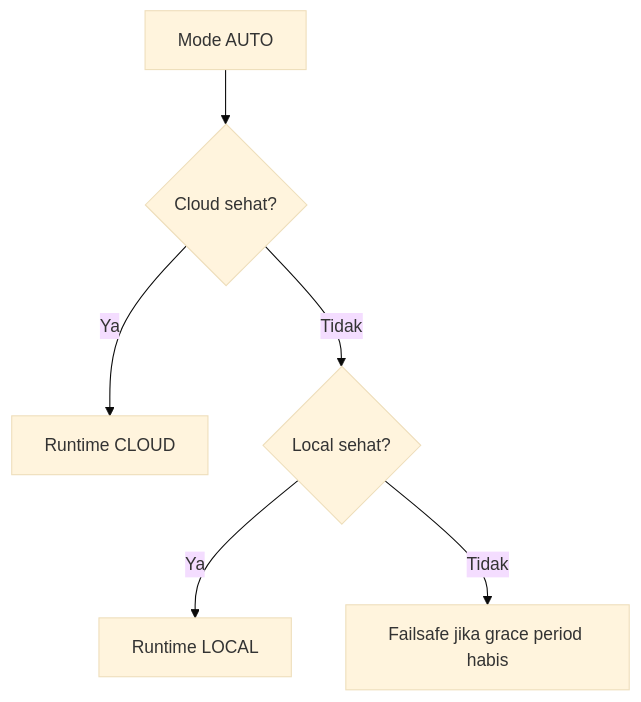
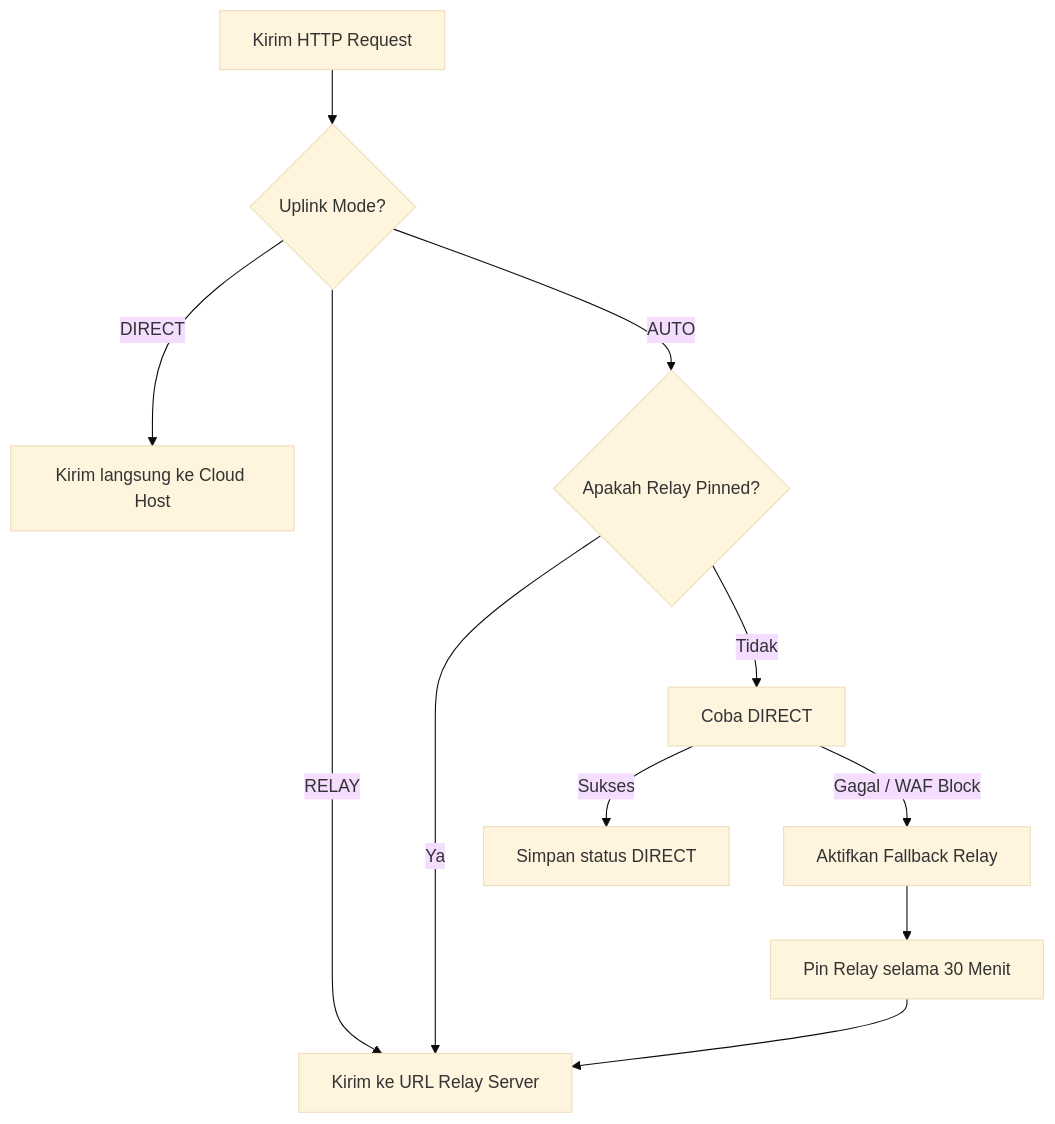
One commit to dhimasardinata/ta-iot-greenhouse-docs changed the second of 2 diagrams in src/content/docs/07-firmware-gateway/mode-auto.md. Above: the diagram before and after it, drawn with Mermaid (base theme). The commit also changed other lines of this file and 34 other files, not shown here.

````diff
--- a/src/content/docs/07-firmware-gateway/mode-auto.md
+++ b/src/content/docs/07-firmware-gateway/mode-auto.md
@@ -27,8 +34,13 @@
 ```mermaid
 flowchart TD
-    A[Mode AUTO] --> B{Cloud sehat?}
-    B -->|Ya| C[Runtime CLOUD]
-    B -->|Tidak| D{Local sehat?}
-    D -->|Ya| E[Runtime LOCAL]
-    D -->|Tidak| F[Failsafe jika grace period habis]
+    A[Kirim HTTP Request] --> B{Uplink Mode?}
+    B -->|DIRECT| C[Kirim langsung ke Cloud Host]
+    B -->|RELAY| D[Kirim ke URL Relay Server]
+    B -->|AUTO| E{Apakah Relay Pinned?}
+    E -->|Ya| D
+    E -->|Tidak| F[Coba DIRECT]
+    F -->|Sukses| G[Simpan status DIRECT]
+    F -->|Gagal / WAF Block| H[Aktifkan Fallback Relay]
+    H --> I[Pin Relay selama 30 Menit]
+    I --> D
 ```
````
